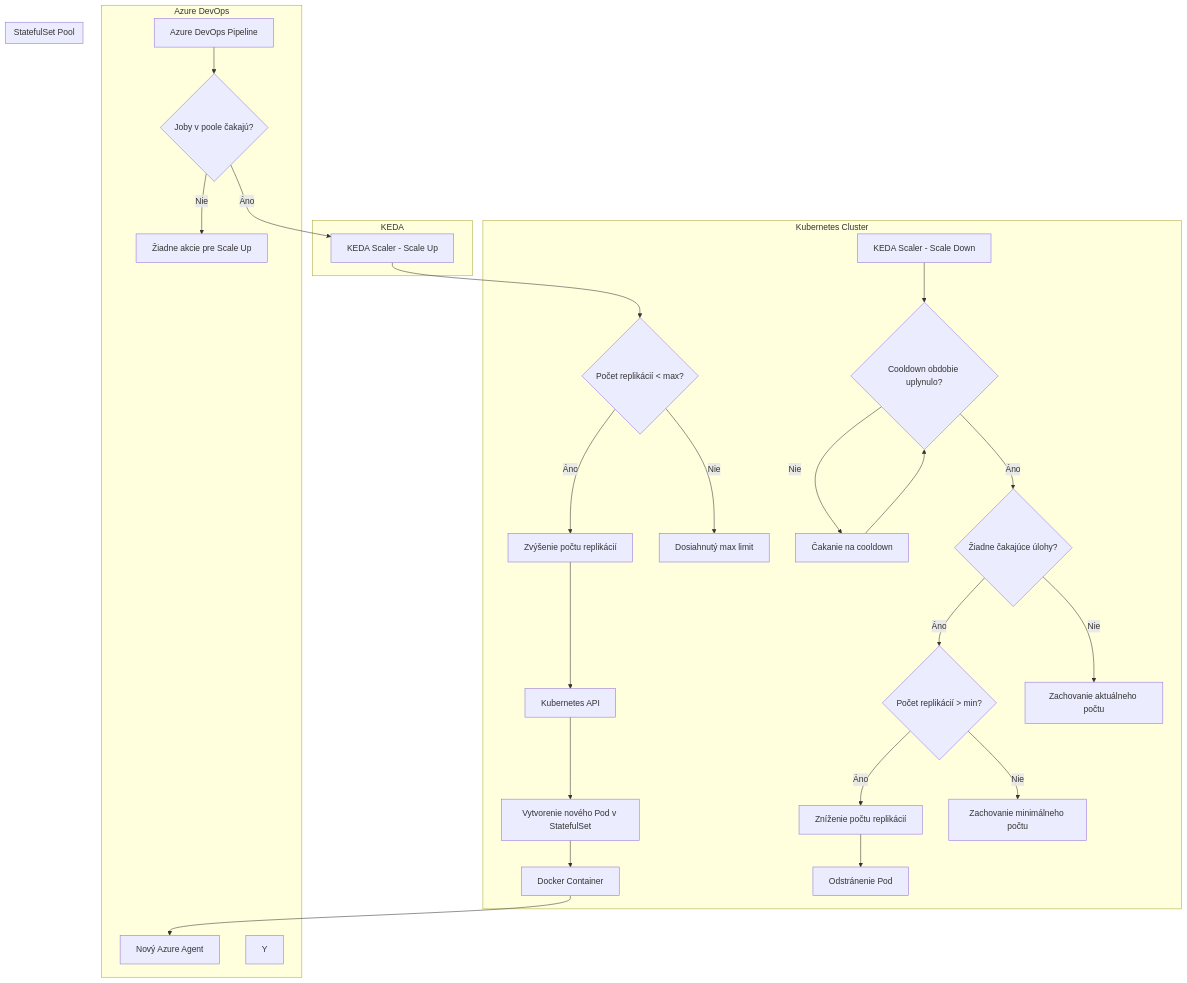
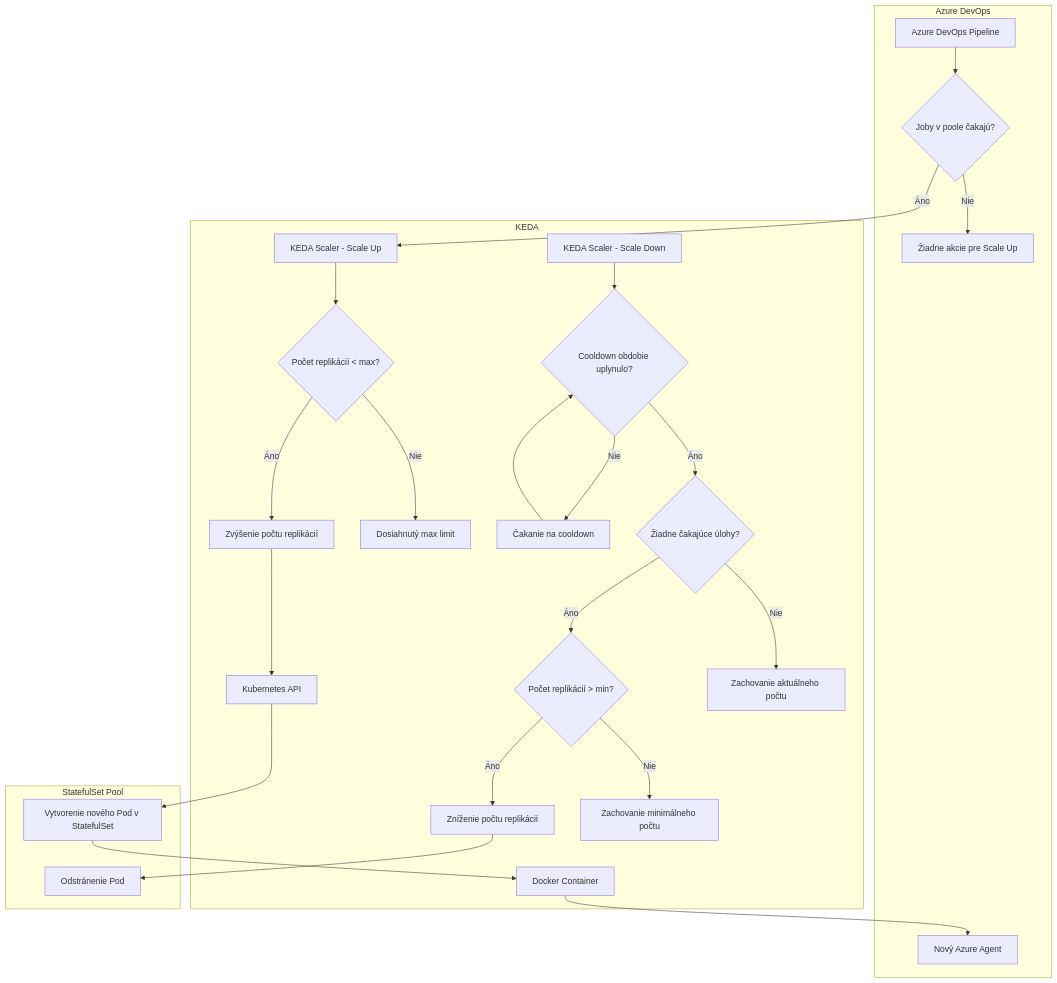
The diagram in linuxmachine/user-documentation.md (motycak/kros-sk.github.io), drawn with Mermaid before and after one commit.

````diff
--- a/linuxmachine/user-documentation.md
+++ b/linuxmachine/user-documentation.md
@@ -39,63 +39,56 @@
 ```mermaid
 flowchart TD
     A[Azure DevOps Pipeline] --> B{Joby v poole čakajú?}
     B -->|Áno| C[KEDA Scaler - Scale Up]
     B -->|Nie| D[Žiadne akcie pre Scale Up]
     
     C --> F{Počet replikácií < max?}
     F -->|Áno| G[Zvýšenie počtu replikácií]
     F -->|Nie| H[Dosiahnutý max limit]
     
     G --> I[Kubernetes API]
     I --> J[Vytvorenie nového Pod v StatefulSet]
     J --> K[Docker Container]
     K --> L[Nový Azure Agent]
     
     %% Paralelná kontrola pre škálovanie nadol
     P[KEDA Scaler - Scale Down] --> Q{Cooldown obdobie uplynulo?}
     Q -->|Nie| R[Čakanie na cooldown]
     R --> Q
     Q -->|Áno| S{Žiadne čakajúce úlohy?}
     S -->|Áno| T{Počet replikácií > min?}
     T -->|Áno| U[Zníženie počtu replikácií]
     T -->|Nie| V[Zachovanie minimálneho počtu]
     S -->|Nie| W[Zachovanie aktuálneho počtu]
     
     U --> X[Odstránenie Pod]
     
-    subgraph "Kubernetes Cluster"
+    subgraph "KEDA"
+        C
         F
         G
         H
         I
-        J
         K
         P
         Q
         R
         S
         T
         U
         V
         W
-        X
     end
     
     subgraph "Azure DevOps"
         A
         B
         D
         L
-        Y
-    end
-    
-    subgraph "KEDA"
-        C
-        P
     end
     
     subgraph "StatefulSet Pool"
         J
         X
     end
 ```
````
